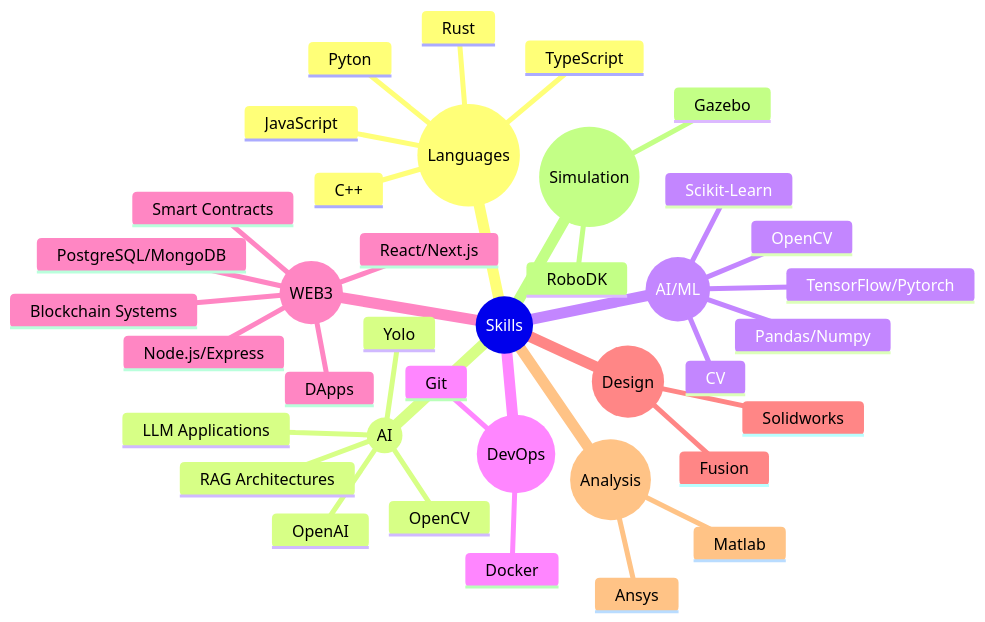
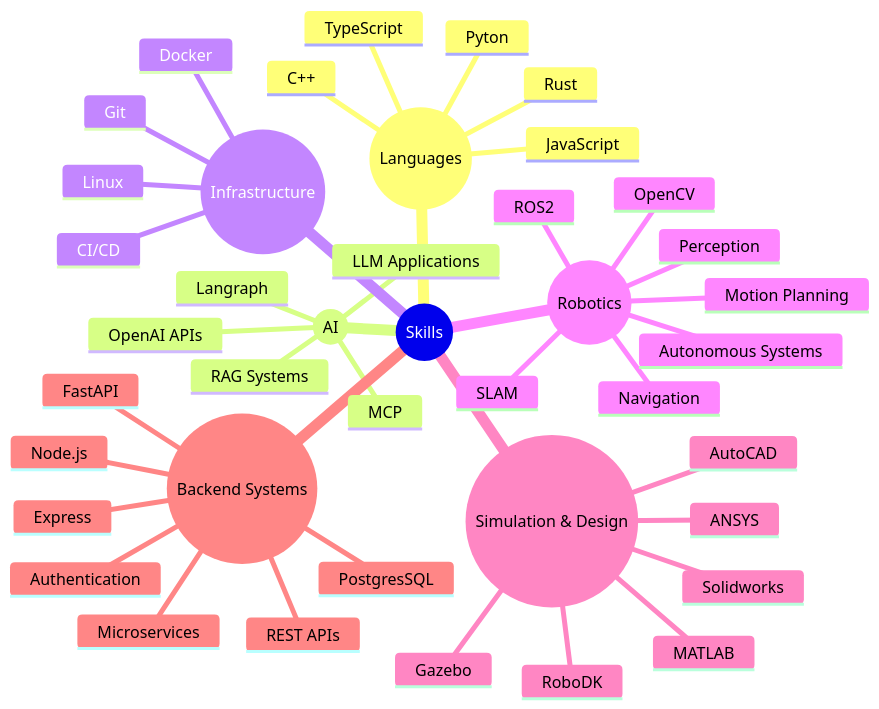
Before and after one commit to RSWDevian/RSWDevian: the diagram in README.md, drawn with Mermaid.

Commit message:
Revise README with additional technologies and categories
Updated the README to include new technologies and frameworks in various categories, such as AI, Infrastructure, Robotics, and Backend Systems.

````diff
--- a/README.md
+++ b/README.md
@@ -13,41 +13,44 @@
 ```mermaid
 mindmap
   root((Skills))
     ((Languages))
       Pyton
       TypeScript
       JavaScript
       C++
       Rust
     ((AI))
-      OpenAI
-      RAG Architectures
+      OpenAI APIs
+      RAG Systems
       LLM Applications
+      Langraph
+      MCP
+    ((Infrastructure))
+      Docker
+      Linux
+      Git
+      CI/CD
+    ((Robotics))
+      ROS2
+      Navigation
+      SLAM
+      Perception
       OpenCV
-      Yolo
-    ((AI/ML))
-      CV
-      TensorFlow/Pytorch
-      OpenCV
-      Scikit-Learn
-      Pandas/Numpy
-    ((DevOps))
-      Git
-      Docker
-    ((WEB3))
-      React/Next.js
-      Node.js/Express
-      PostgreSQL/MongoDB
-      Smart Contracts
-      DApps
-      Blockchain Systems
-    ((Design))
-      Solidworks
-      Fusion
-    ((Analysis))
-      Ansys
-      Matlab
-    ((Simulation))
+      Motion Planning
+      Autonomous Systems
+    ((Simulation & Design))
       RoboDK
       Gazebo
+      MATLAB
+      ANSYS
+      Solidworks
+      AutoCAD
+    ((Backend Systems))
+      FastAPI
+      Node.js
+      Express
+      REST APIs
+      PostgresSQL
+      Authentication
+      Microservices
 ```
````
